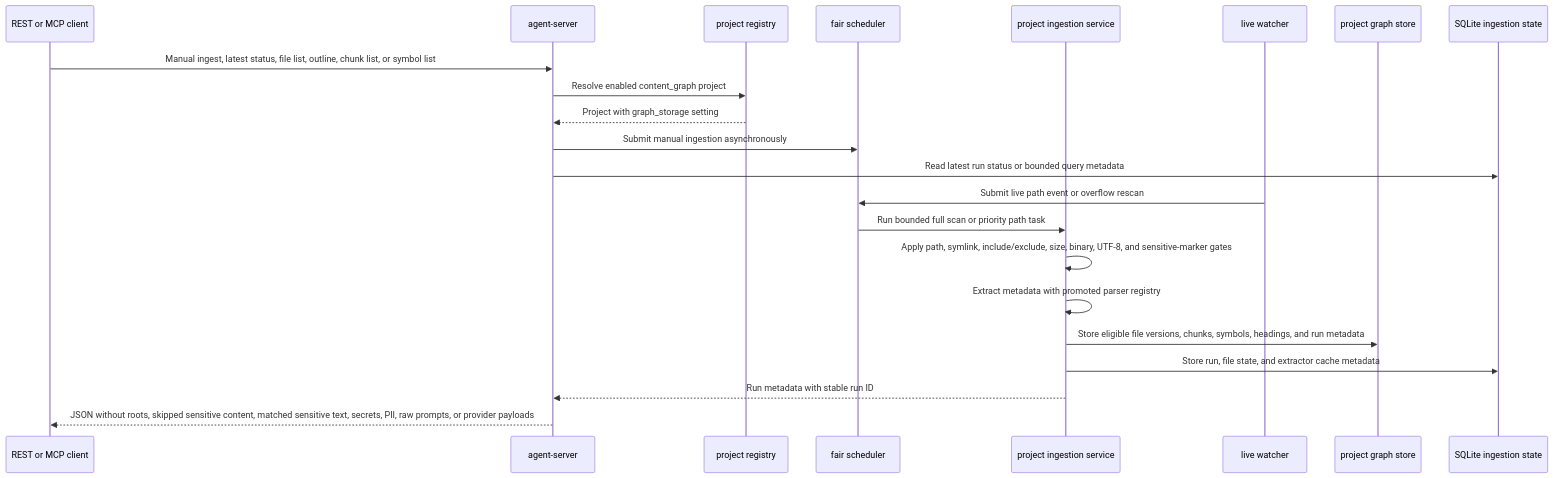
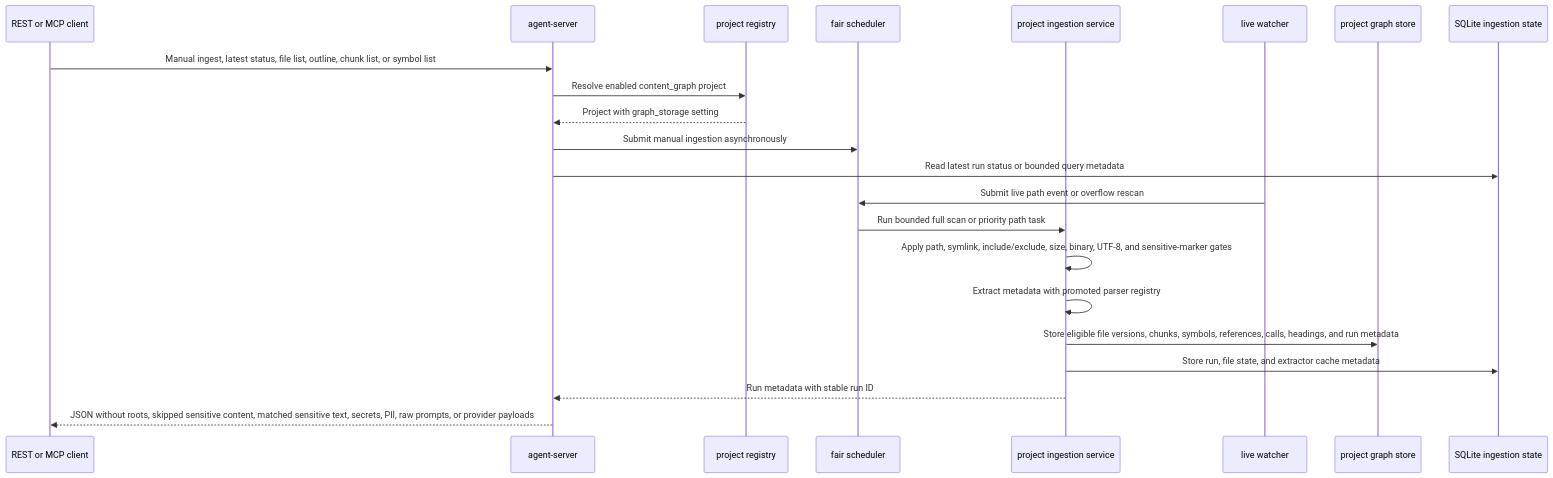
The fourth of 5 diagrams in docs/architecture/system-architecture.md (MiviaLabs/go-mivia), drawn with Mermaid before and after one commit. The commit also changed other lines of this file and 31 other files, not shown here.

Commit message:
feat(graph): add semantic symbol source and call graph apis

````diff
--- a/docs/architecture/system-architecture.md
+++ b/docs/architecture/system-architecture.md
@@ -125,25 +125,25 @@
 ```mermaid
 sequenceDiagram
   participant Client as REST or MCP client
   participant Server as agent-server
   participant Registry as project registry
   participant Scheduler as fair scheduler
   participant Ingestion as project ingestion service
   participant Watcher as live watcher
   participant Graph as project graph store
   participant SQLite as SQLite ingestion state
 
   Client->>Server: Manual ingest, latest status, file list, outline, chunk list, or symbol list
   Server->>Registry: Resolve enabled content_graph project
   Registry-->>Server: Project with graph_storage setting
   Server->>Scheduler: Submit manual ingestion asynchronously
   Server->>SQLite: Read latest run status or bounded query metadata
   Watcher->>Scheduler: Submit live path event or overflow rescan
   Scheduler->>Ingestion: Run bounded full scan or priority path task
   Ingestion->>Ingestion: Apply path, symlink, include/exclude, size, binary, UTF-8, and sensitive-marker gates
   Ingestion->>Ingestion: Extract metadata with promoted parser registry
-  Ingestion->>Graph: Store eligible file versions, chunks, symbols, headings, and run metadata
+  Ingestion->>Graph: Store eligible file versions, chunks, symbols, references, calls, headings, and run metadata
   Ingestion->>SQLite: Store run, file state, and extractor cache metadata
   Ingestion-->>Server: Run metadata with stable run ID
   Server-->>Client: JSON without roots, skipped sensitive content, matched sensitive text, secrets, PII, raw prompts, or provider payloads
 ```
````
